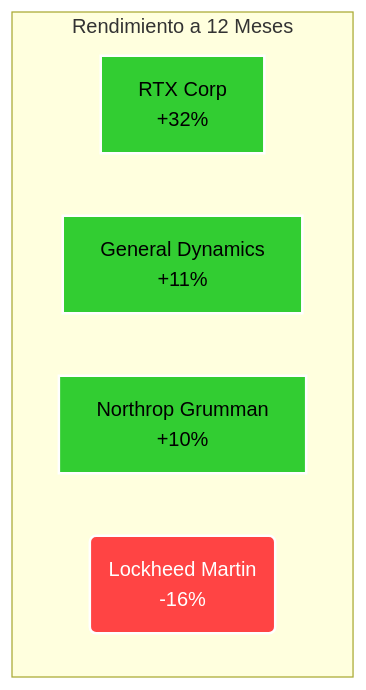
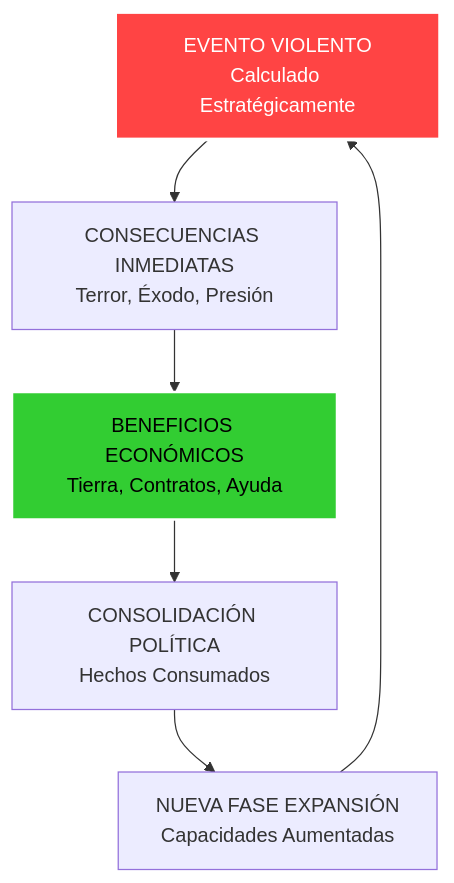
One commit to perpetuocambio/annotations changed the seventh of 54 diagrams in intel/israel_geopolitical_analysis.md. Above: the diagram before and after it, drawn with Mermaid. The commit also changed other lines of this file, not shown here.

````diff
--- a/intel/israel_geopolitical_analysis.md
+++ b/intel/israel_geopolitical_analysis.md
@@ -248,15 +351,11 @@
 ```mermaid
 graph TD
-    subgraph Rendimiento a 12 Meses
-        direction LR
-        RTX[RTX Corp<br>+32%]
-        GD[General Dynamics<br>+11%]
-        NOC[Northrop Grumman<br>+10%]
-        LMT(Lockheed Martin<br>-16%)
-    end
+    A[EVENTO VIOLENTO<br/>Calculado Estratégicamente] --> B[CONSECUENCIAS INMEDIATAS<br/>Terror, Éxodo, Presión]
+    B --> C[BENEFICIOS ECONÓMICOS<br/>Tierra, Contratos, Ayuda]
+    C --> D[CONSOLIDACIÓN POLÍTICA<br/>Hechos Consumados]
+    D --> E[NUEVA FASE EXPANSIÓN<br/>Capacidades Aumentadas]
+    E --> A
 
-    style RTX fill:#32cd32,stroke:#fff,stroke-width:2px,color:#000
-    style GD fill:#32cd32,stroke:#fff,stroke-width:2px,color:#000
-    style NOC fill:#32cd32,stroke:#fff,stroke-width:2px,color:#000
-    style LMT fill:#ff4444,stroke:#fff,stroke-width:2px,color:#fff
+    style A fill:#ff4444,stroke:#fff,stroke-width:3px,color:#fff
+    style C fill:#32cd32,stroke:#fff,stroke-width:2px,color:#000
 ```
````
